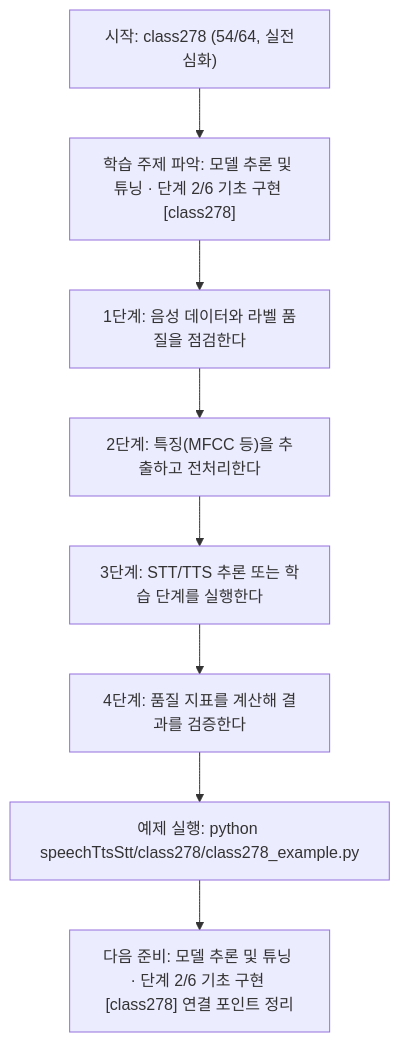
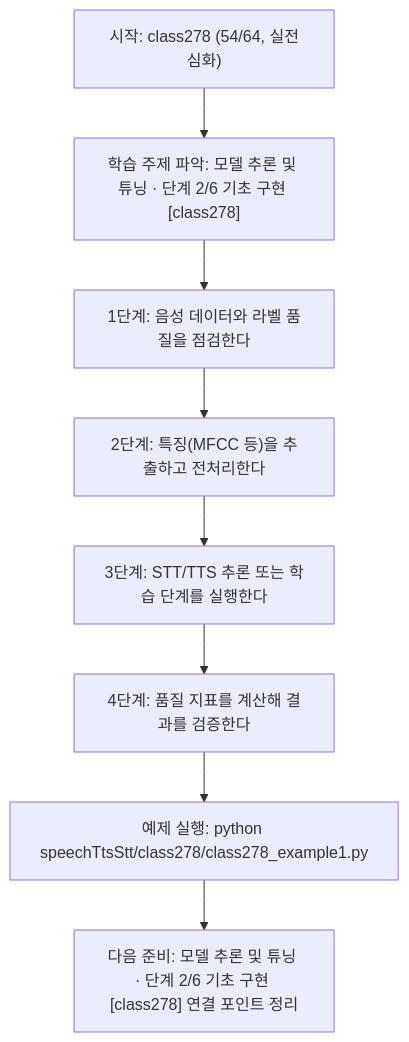
The diagram in speechTtsStt/class278/class278.md (edumgt/Python-AI_Agent-Class), drawn with Mermaid before and after one commit. The commit also changed other lines of this file and 2959 other files, not shown here.

````diff
--- a/speechTtsStt/class278/class278.md
+++ b/speechTtsStt/class278/class278.md
@@ -114,18 +114,18 @@
 ```mermaid
 flowchart TD
 N1["시작: class278 (54/64, 실전심화)"]
 N2["학습 주제 파악: 모델 추론 및 튜닝 · 단계 2/6 기초 구현 [class278]"]
 N3["1단계: 음성 데이터와 라벨 품질을 점검한다"]
 N4["2단계: 특징(MFCC 등)을 추출하고 전처리한다"]
 N5["3단계: STT/TTS 추론 또는 학습 단계를 실행한다"]
 N6["4단계: 품질 지표를 계산해 결과를 검증한다"]
-N7["예제 실행: python speechTtsStt/class278/class278_example.py"]
+N7["예제 실행: python speechTtsStt/class278/class278_example1.py"]
 N8["다음 준비: 모델 추론 및 튜닝 · 단계 2/6 기초 구현 [class278] 연결 포인트 정리"]
 N1 --> N2
 N2 --> N3
 N3 --> N4
 N4 --> N5
 N5 --> N6
 N6 --> N7
 N7 --> N8
 ```
````
